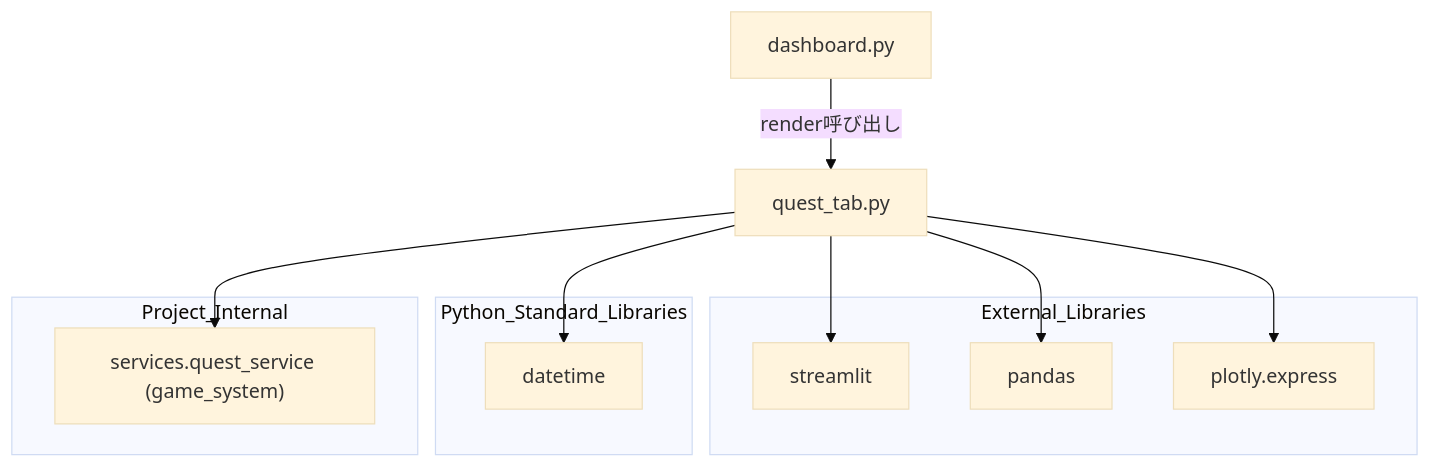
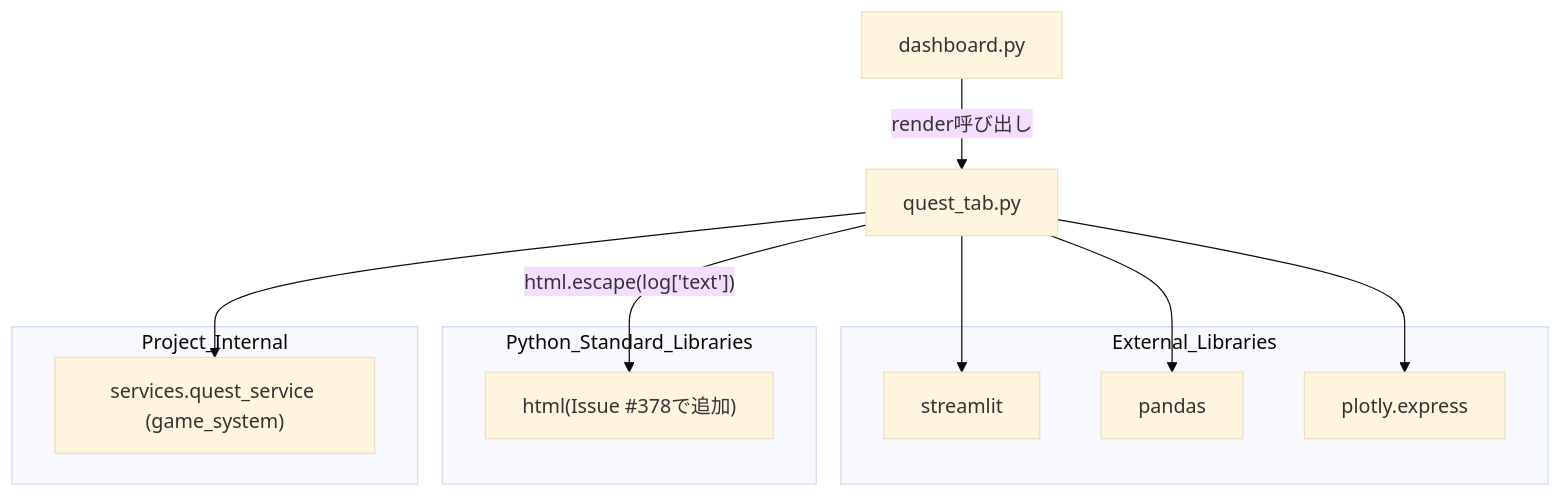
The second of 2 diagrams in docs/specifications/MY_HOME_SYSTEM/quest_tab.md (mmtigers/my_python_project), drawn with Mermaid (base theme) before and after one commit. The commit also changed other lines of this file and 211 other files, not shown here.

````diff
--- a/docs/specifications/MY_HOME_SYSTEM/quest_tab.md
+++ b/docs/specifications/MY_HOME_SYSTEM/quest_tab.md
@@ -108,26 +108,26 @@
 ```mermaid
 graph TD
     QuestTabPy["quest_tab.py"]
 
     subgraph External_Libraries
         Streamlit["streamlit"]
         Pandas["pandas"]
         PlotlyExpress["plotly.express"]
     end
 
     subgraph Python_Standard_Libraries
-        Datetime["datetime"]
+        Html["html(Issue #378で追加)"]
     end
 
     subgraph Project_Internal
         QuestService["services.quest_service (game_system)"]
     end
 
     QuestTabPy --> Streamlit
     QuestTabPy --> Pandas
     QuestTabPy --> PlotlyExpress
-    QuestTabPy --> Datetime
+    QuestTabPy -->|"html.escape(log['text'])"| Html
     QuestTabPy --> QuestService
 
     Dashboard["dashboard.py"] -->|render呼び出し| QuestTabPy
 ```
````
